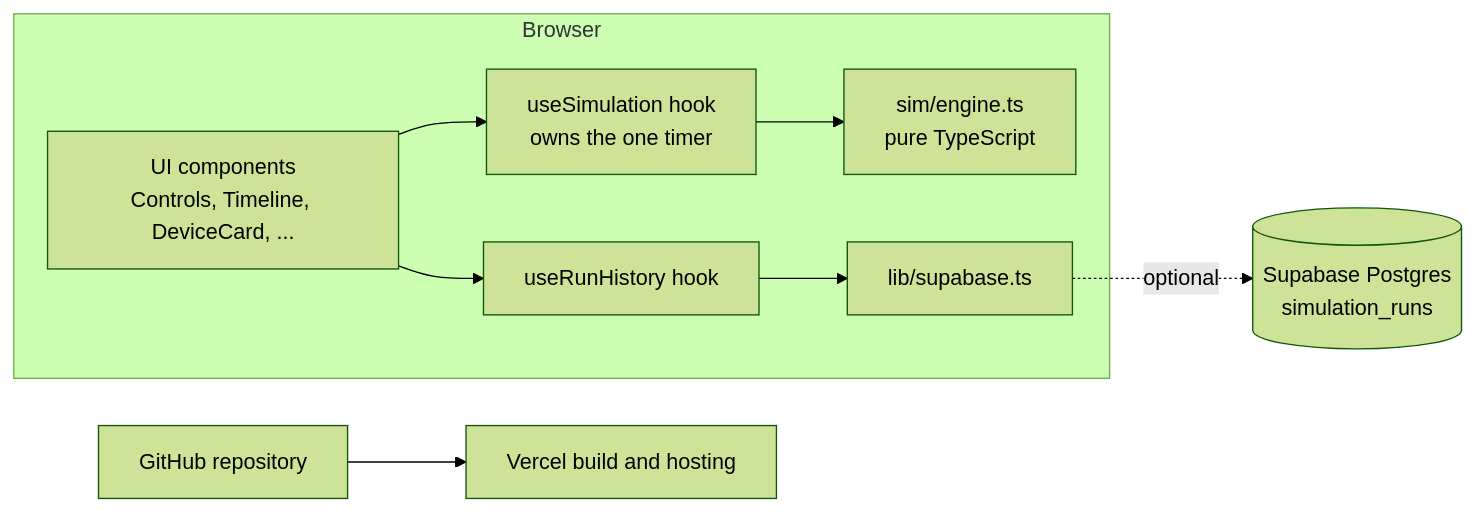
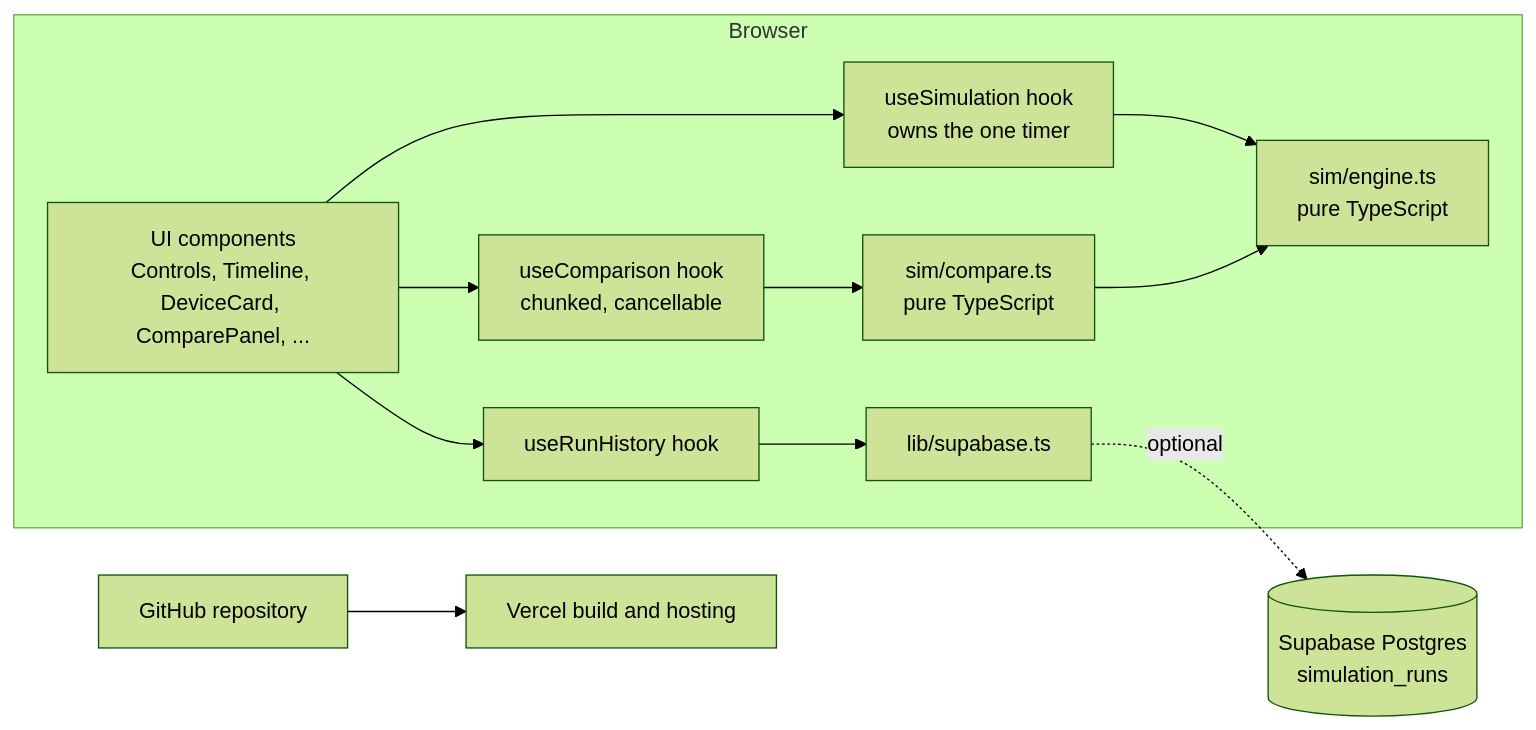
Before and after one commit to Aditya-7826/classroom-wlan-sim: the second of 2 diagrams in README.md, drawn with Mermaid (forest theme). The commit also changed other lines of this file and 18 other files, not shown here.

````diff
--- a/README.md
+++ b/README.md
@@ -174,11 +205,14 @@
 ```mermaid
 flowchart LR
     subgraph Browser
-        UI[UI components<br/>Controls, Timeline, DeviceCard, ...] --> SIM[useSimulation hook<br/>owns the one timer]
+        UI[UI components<br/>Controls, Timeline, DeviceCard, ComparePanel, ...] --> SIM[useSimulation hook<br/>owns the one timer]
         SIM --> ENGINE[sim/engine.ts<br/>pure TypeScript]
+        UI --> CMP[useComparison hook<br/>chunked, cancellable]
+        CMP --> COMPARE[sim/compare.ts<br/>pure TypeScript]
+        COMPARE --> ENGINE
         UI --> HIST[useRunHistory hook]
         HIST --> CLIENT[lib/supabase.ts]
     end
     CLIENT -. optional .-> DB[(Supabase Postgres<br/>simulation_runs)]
     GH[GitHub repository] --> VERCEL[Vercel build and hosting]
 ```
````
